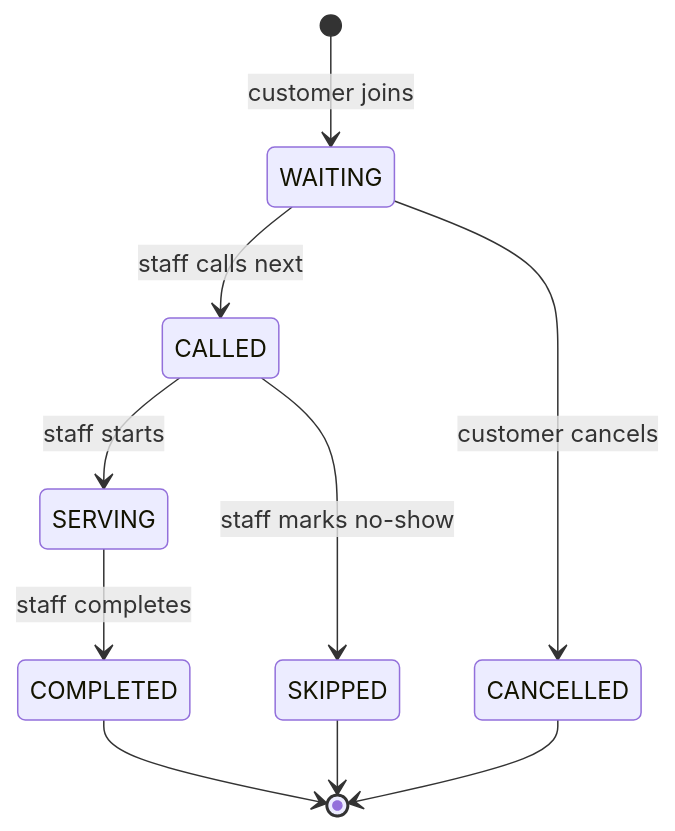
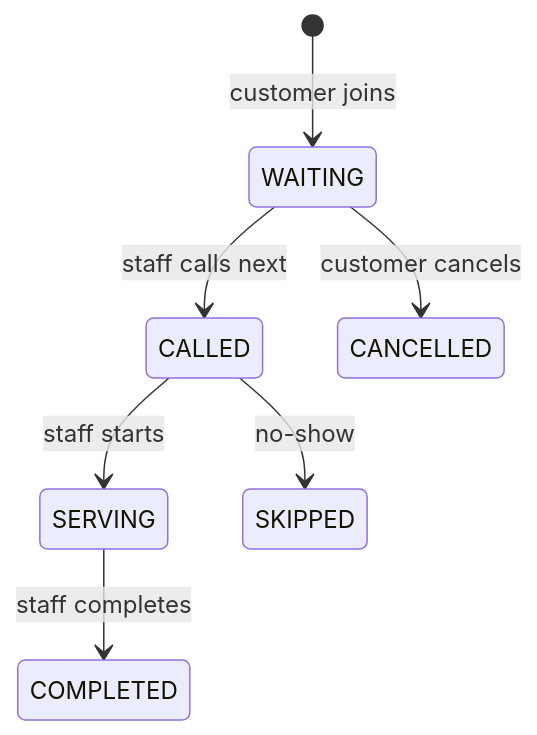
One commit to YashwardhanV/Line-Pilot changed the third of 3 diagrams in docs/ARCHITECTURE.md. Above: the diagram before and after it, drawn with Mermaid. The commit also changed other lines of this file and 2 other files, not shown here.

Commit message:
Fold ER diagram into architecture doc and tighten docs

````diff
--- a/docs/ARCHITECTURE.md
+++ b/docs/ARCHITECTURE.md
@@ -94,12 +62,9 @@
 ```mermaid
 stateDiagram-v2
     [*] --> WAITING: customer joins
     WAITING --> CALLED: staff calls next
     WAITING --> CANCELLED: customer cancels
     CALLED --> SERVING: staff starts
-    CALLED --> SKIPPED: staff marks no-show
+    CALLED --> SKIPPED: no-show
     SERVING --> COMPLETED: staff completes
-    COMPLETED --> [*]
-    SKIPPED --> [*]
-    CANCELLED --> [*]
 ```
````
